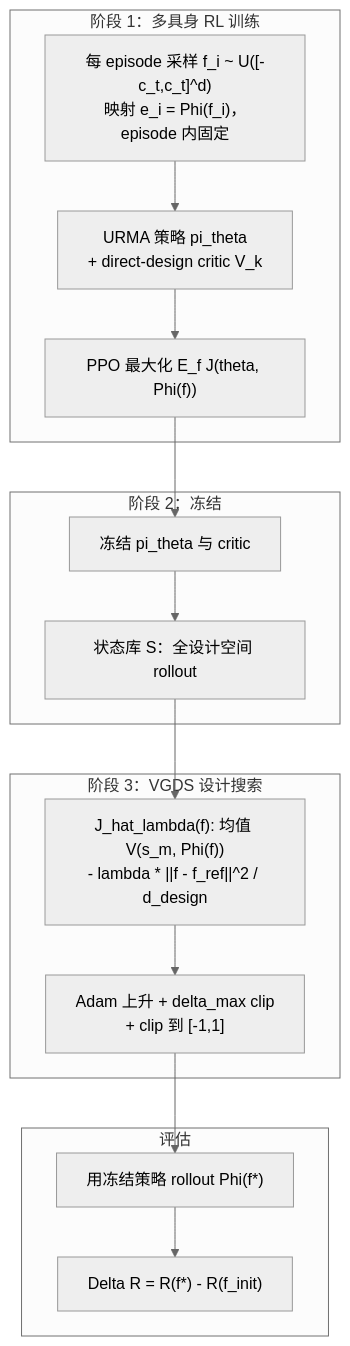
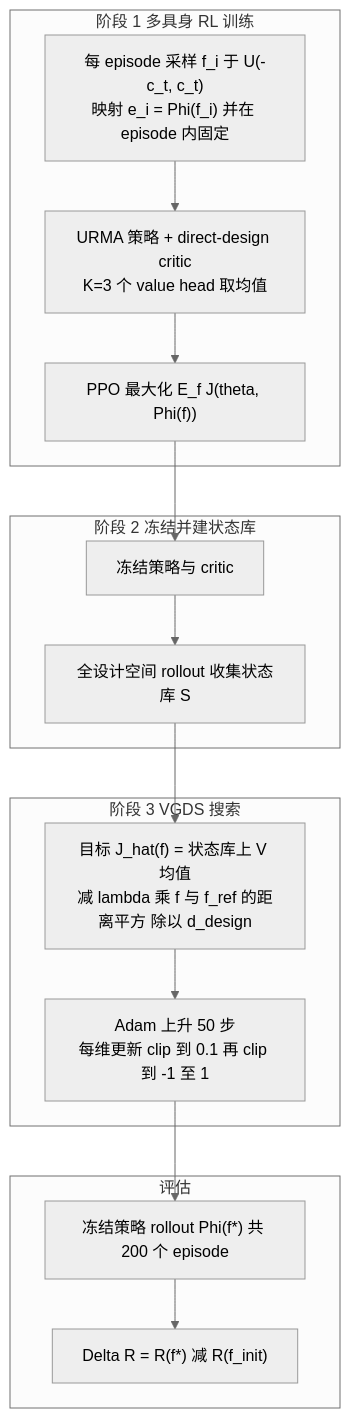
One commit to ImChong/Robotics_Notebooks changed the diagram in wiki/entities/paper-shape-your-body-value-gradient-design.md. Above: the diagram before and after it, drawn with Mermaid (neutral theme). The commit also changed other lines of this file and 196 other files, not shown here.

````diff
--- a/wiki/entities/paper-shape-your-body-value-gradient-design.md
+++ b/wiki/entities/paper-shape-your-body-value-gradient-design.md
@@ -56,24 +56,24 @@
 ```mermaid
 flowchart TB
-  subgraph train [阶段 1：多具身 RL 训练]
-    sample["每 episode 采样 f_i ~ U([-c_t,c_t]^d)\n映射 e_i = Phi(f_i)，episode 内固定"]
-    urma["URMA 策略 pi_theta\n+ direct-design critic V_k"]
+  subgraph train [阶段 1 多具身 RL 训练]
+    sample["每 episode 采样 f_i 于 U(-c_t, c_t)<br/>映射 e_i = Phi(f_i) 并在 episode 内固定"]
+    urma["URMA 策略 + direct-design critic<br/>K=3 个 value head 取均值"]
     ppo["PPO 最大化 E_f J(theta, Phi(f))"]
     sample --> urma --> ppo
   end
-  subgraph freeze [阶段 2：冻结]
-    bank["状态库 S：全设计空间 rollout"]
-    frozen["冻结 pi_theta 与 critic"]
+  subgraph freeze [阶段 2 冻结并建状态库]
+    frozen["冻结策略与 critic"]
+    bank["全设计空间 rollout 收集状态库 S"]
     ppo --> frozen --> bank
   end
-  subgraph vgds [阶段 3：VGDS 设计搜索]
-    obj["J_hat_lambda(f): 均值 V(s_m, Phi(f))\n- lambda * ||f - f_ref||^2 / d_design"]
-    step["Adam 上升 + delta_max clip\n+ clip 到 [-1,1]"]
+  subgraph vgds [阶段 3 VGDS 搜索]
+    obj["目标 J_hat(f) = 状态库上 V 均值<br/>减 lambda 乘 f 与 f_ref 的距离平方 除以 d_design"]
+    step["Adam 上升 50 步<br/>每维更新 clip 到 0.1 再 clip 到 -1 至 1"]
     bank --> obj --> step
   end
   subgraph eval [评估]
-    roll["用冻结策略 rollout Phi(f*)"]
-    deltaR["Delta R = R(f*) - R(f_init)"]
-    step --> roll --> deltaR
+    roll["冻结策略 rollout Phi(f*) 共 200 个 episode"]
+    gain["Delta R = R(f*) 减 R(f_init)"]
+    step --> roll --> gain
   end
 ```
````
